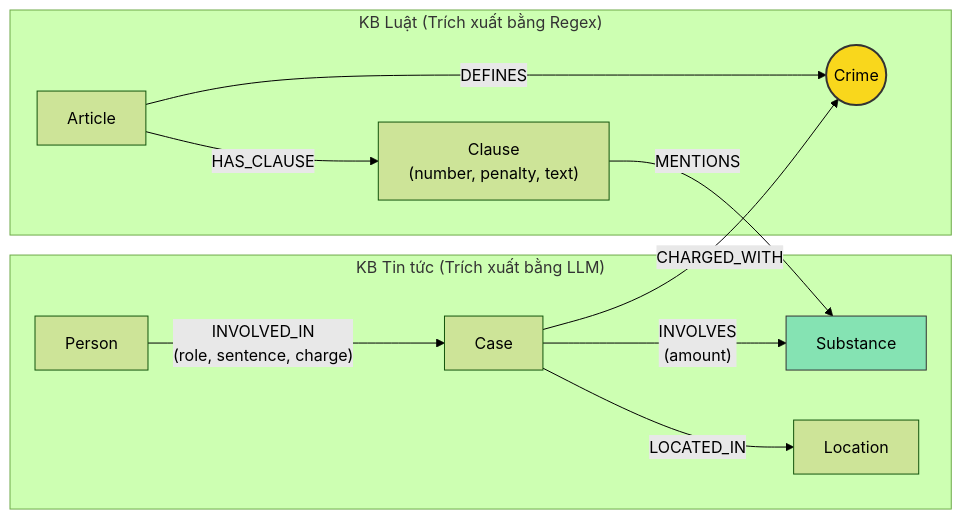
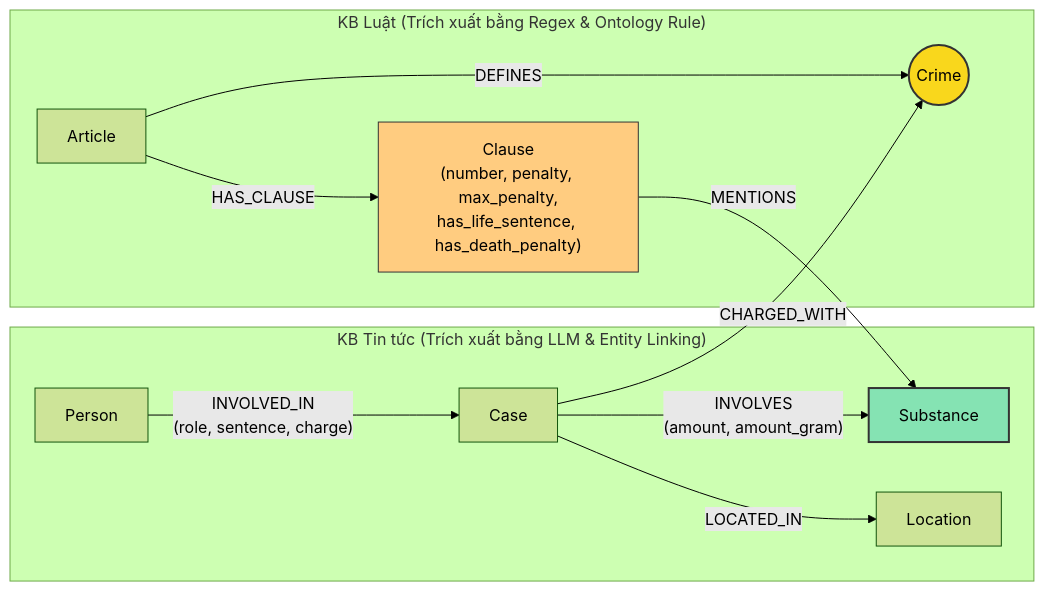
The diagram in report/ONTOLOGY.md (tiendungandrew-gif/K4-DAY19-NgoTienDung-2A202602374), drawn with Mermaid (forest theme) before and after one commit. The commit also changed other lines of this file and 7 other files, not shown here.

Commit message:
feat: hoan thanh toan dien Day 19 Flat RAG vs GraphRAG va bonus tu thiet ke ontology

````diff
--- a/report/ONTOLOGY.md
+++ b/report/ONTOLOGY.md
@@ -15,19 +17,20 @@
 ```mermaid
 flowchart LR
-    subgraph News["KB Tin tức (Trích xuất bằng LLM)"]
+    subgraph News["KB Tin tức (Trích xuất bằng LLM & Entity Linking)"]
         P[Person] -- "INVOLVED_IN<br/>(role, sentence, charge)" --> K[Case]
-        K -- "INVOLVES<br/>(amount)" --> S[Substance]
+        K -- "INVOLVES<br/>(amount, amount_gram)" --> S[Substance]
         K -- LOCATED_IN --> L[Location]
     end
 
     K -- CHARGED_WITH --> C((Crime))
 
-    subgraph Law["KB Luật (Trích xuất bằng Regex)"]
+    subgraph Law["KB Luật (Trích xuất bằng Regex & Ontology Rule)"]
         A[Article] -- DEFINES --> C
-        A -- HAS_CLAUSE --> CL["Clause<br/>(number, penalty, text)"]
+        A -- HAS_CLAUSE --> CL["Clause<br/>(number, penalty, max_penalty,<br/>has_life_sentence, has_death_penalty)"]
         CL -- MENTIONS --> S
     end
 
     style C fill:#f9d71c,stroke:#333,stroke-width:2px,color:#000
-    style S fill:#85e3b3,stroke:#333,stroke-width:1px,color:#000
+    style S fill:#85e3b3,stroke:#333,stroke-width:2px,color:#000
+    style CL fill:#ffcc80,stroke:#333,stroke-width:1px,color:#000
 ```
````
